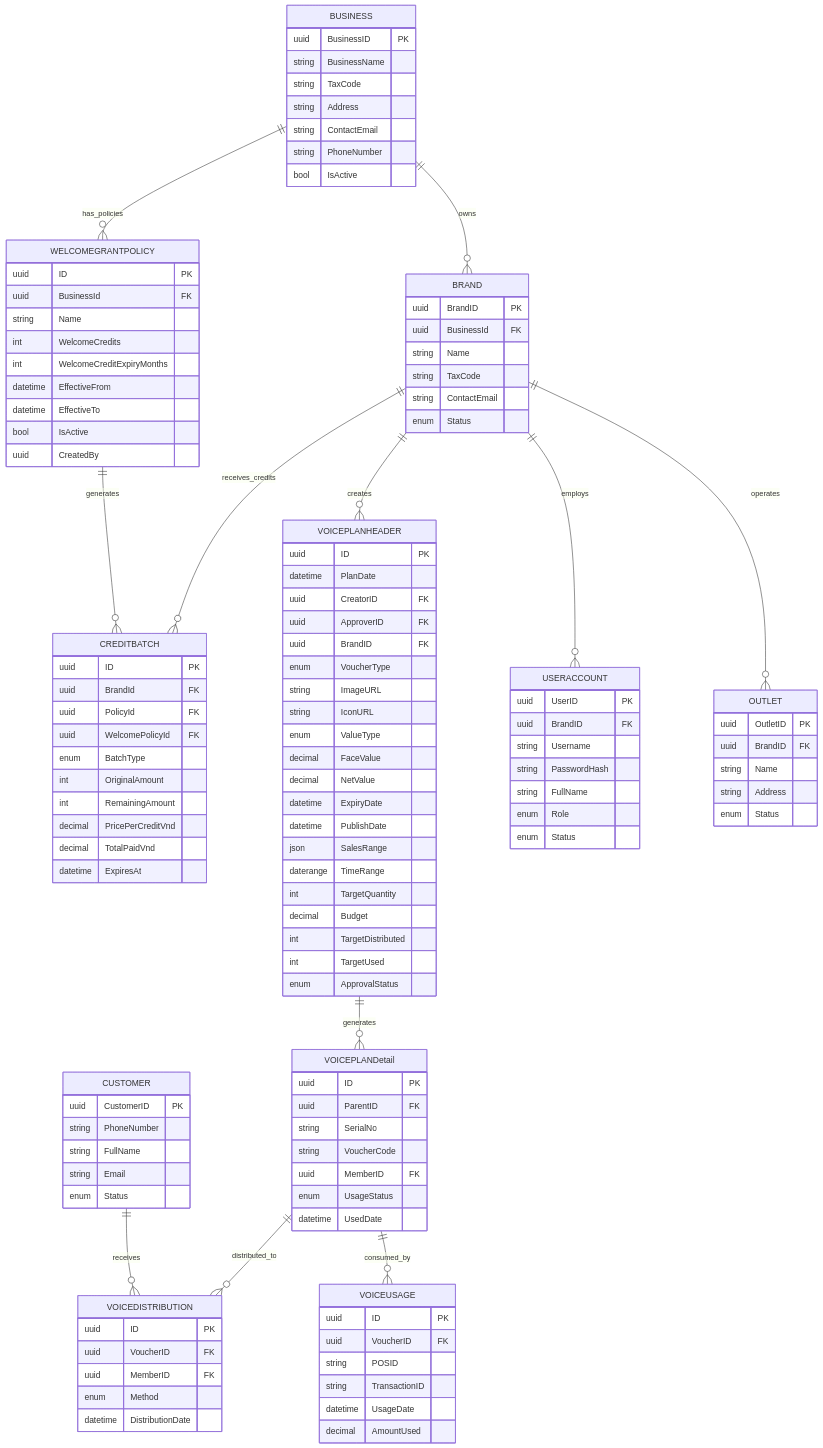
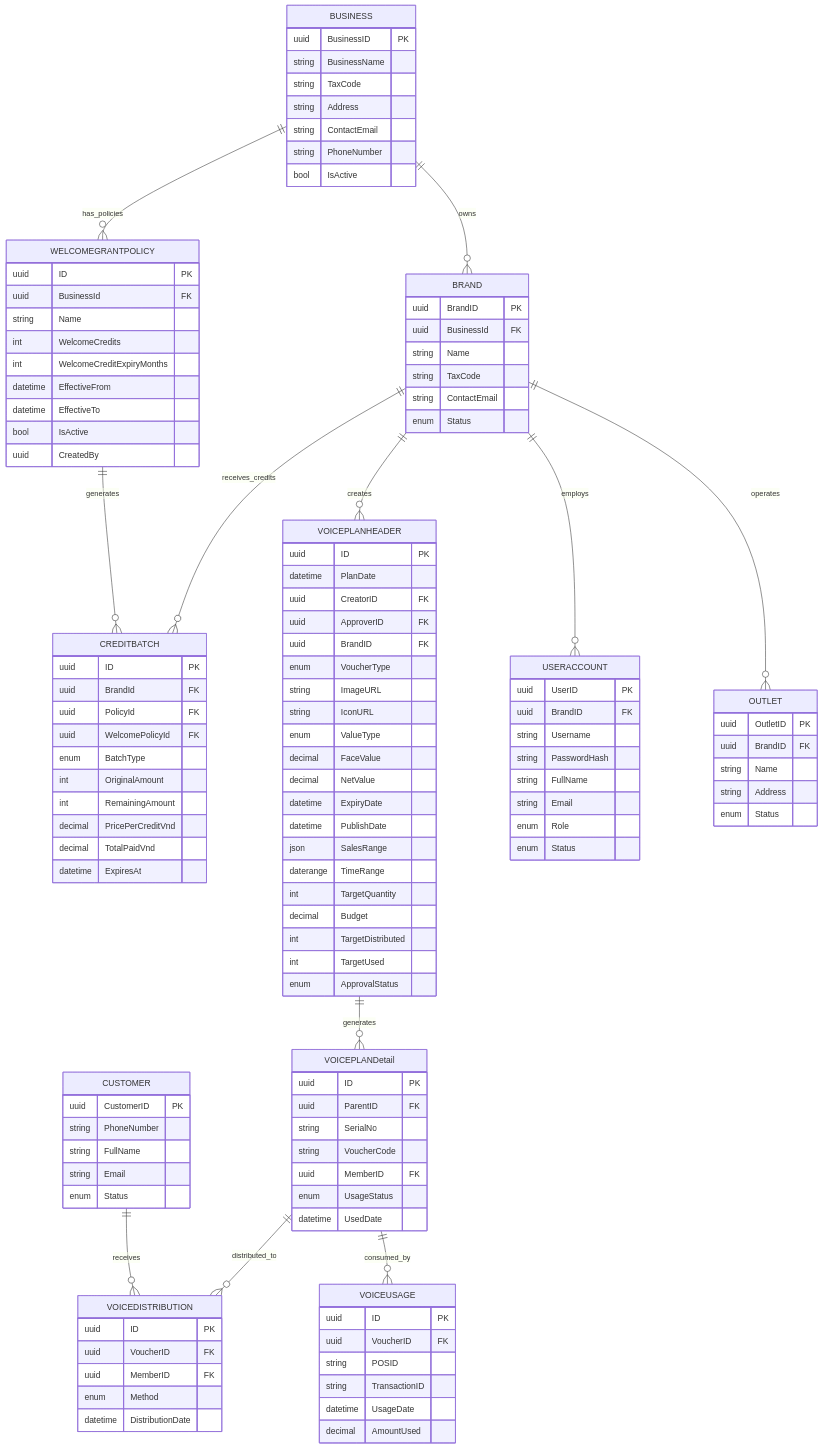
One commit to lamhongbac/NonCash changed the third of 6 diagrams in .qoder/repowiki/en/content/Data Models and Database Design/Entity Relationships and Schema Design.md. Above: the diagram before and after it, drawn with Mermaid. The commit also changed other lines of this file and 22 other files, not shown here.

```diff
--- a/.qoder/repowiki/en/content/Data Models and Database Design/Entity Relationships and Schema Design.md
+++ b/.qoder/repowiki/en/content/Data Models and Database Design/Entity Relationships and Schema Design.md
@@ -199,6 +208,7 @@
 string Username
 string PasswordHash
 string FullName
+string Email
 enum Role
 enum Status
 }
```
